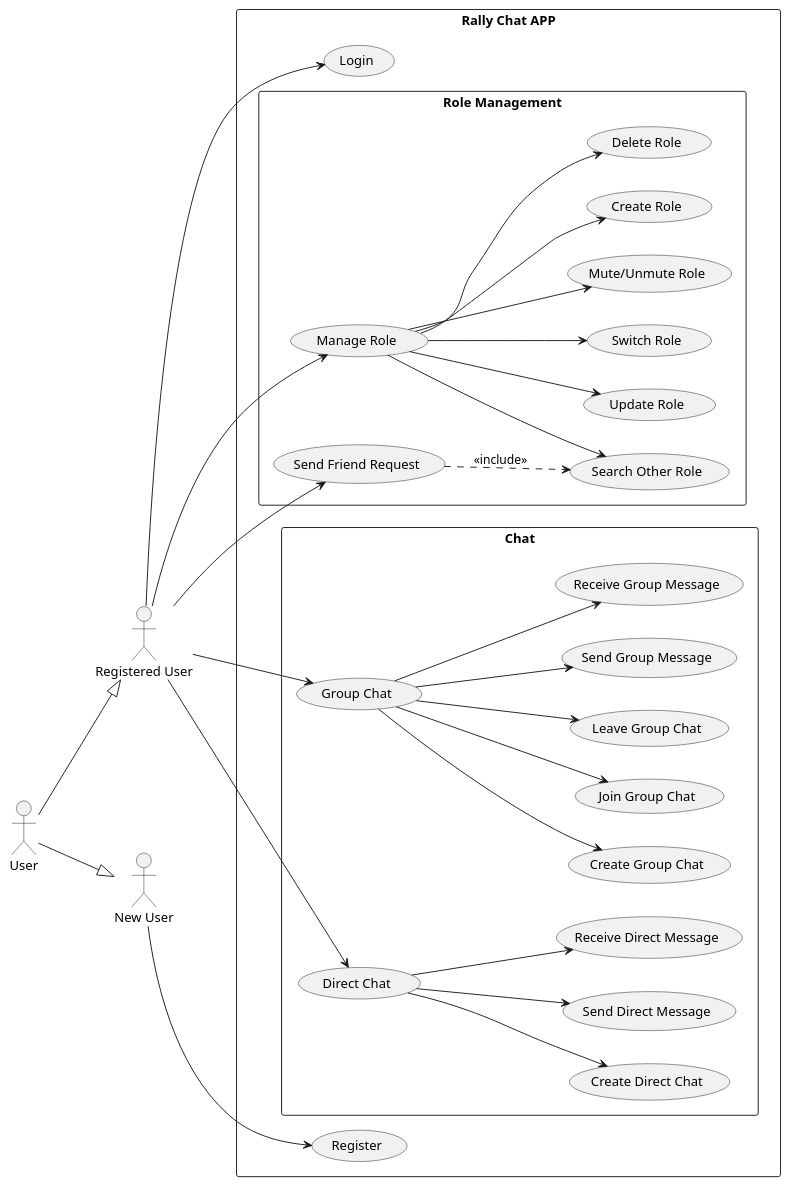
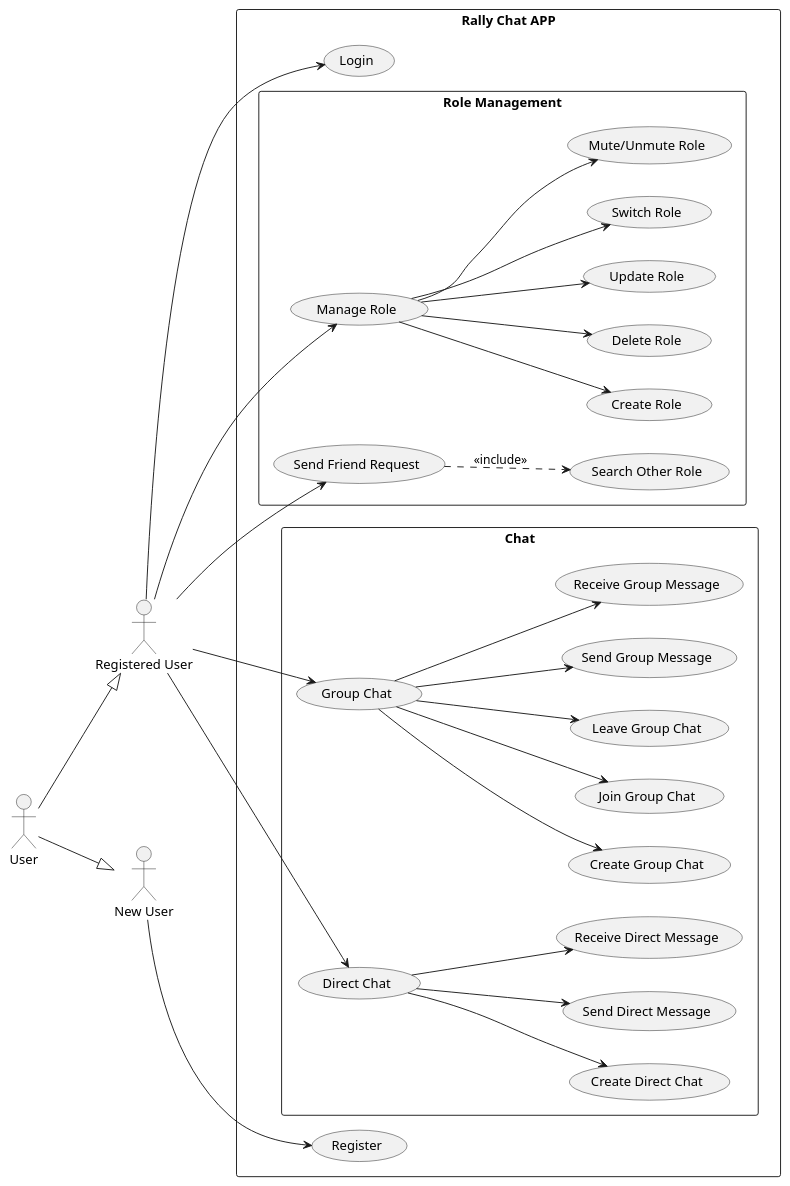
One commit to INEEDAMONITOR/Role-Rally changed the diagram in UML_Diagram/Plantuml/usecase.plantuml. Above: the diagram before and after it, drawn with PlantUML.

Commit message:
fix: modify user case diagram search role & send friend request relation

```diff
--- a/UML_Diagram/Plantuml/usecase.plantuml
+++ b/UML_Diagram/Plantuml/usecase.plantuml
@@ -1,43 +1,42 @@
 @startuml Rally Chat App Use Case Diagram
 
 left to right direction
 actor "Registered User" as RU
 actor "New User" as NU
 actor "User" as U
 U --|> RU
 U --|> NU
 rectangle "Rally Chat APP" {
   RU --> (Login)
   NU --> (Register)
   
   rectangle "Role Management" as RM {
     RU --> (Manage Role)
     (Manage Role) --> (Create Role)
     (Manage Role) --> (Delete Role)
     (Manage Role) --> (Update Role)
-    (Manage Role) --> (Search Other Role)
     (Manage Role) --> (Switch Role)
     (Manage Role) --> (Mute/Unmute Role)
 
     (Send Friend Request) ..> (Search Other Role) : <<include>>
   }
 
 
   RU --> (Send Friend Request)
 
   rectangle "Chat" as Chat {
     (Group Chat) --> (Create Group Chat)
     (Group Chat) --> (Join Group Chat)
     (Group Chat) --> (Leave Group Chat)
     (Group Chat) --> (Send Group Message)
     (Group Chat) --> (Receive Group Message)
 
     (Direct Chat) --> (Create Direct Chat)
     (Direct Chat) --> (Send Direct Message)
     (Direct Chat) --> (Receive Direct Message)
   }
   RU --> (Group Chat)
   RU --> (Direct Chat)
 }
 
 @enduml
```
